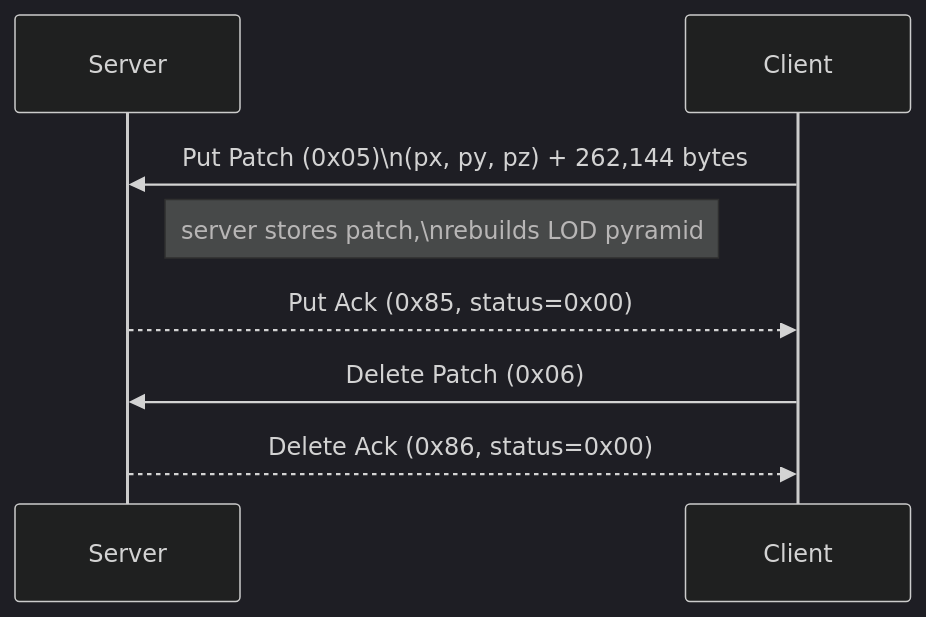
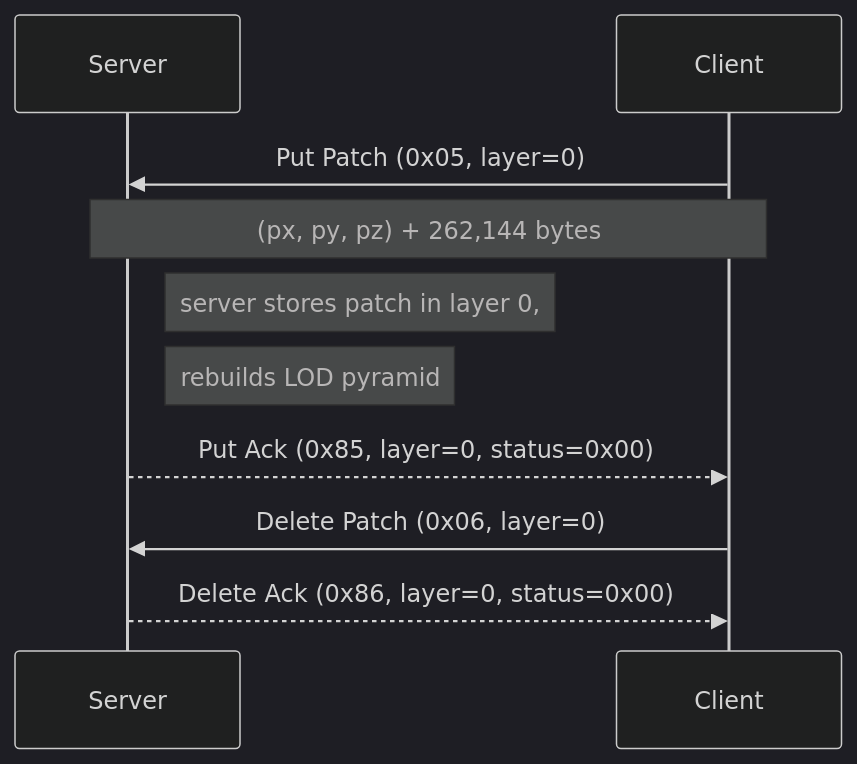
Before and after one commit to mlaass/selvox: the second of 2 diagrams in docs/Protocol_Voxel_WebSocket.md, drawn with Mermaid (dark theme). The commit also changed other lines of this file and 15 other files, not shown here.

Commit message:
Add layer support to protocol, server, and WebSocket client

````diff
--- a/docs/Protocol_Voxel_WebSocket.md
+++ b/docs/Protocol_Voxel_WebSocket.md
@@ -111,12 +130,14 @@
 ```mermaid
 sequenceDiagram
   participant Server
   participant Client
 
-  Client->>Server: Put Patch (0x05)\n(px, py, pz) + 262,144 bytes
-  Note right of Server: server stores patch,\nrebuilds LOD pyramid
-  Server-->>Client: Put Ack (0x85, status=0x00)
+  Client->>Server: Put Patch (0x05, layer=0)
+  Note over Client,Server: (px, py, pz) + 262,144 bytes
+  Note right of Server: server stores patch in layer 0,
+  Note right of Server: rebuilds LOD pyramid
+  Server-->>Client: Put Ack (0x85, layer=0, status=0x00)
 
-  Client->>Server: Delete Patch (0x06)
-  Server-->>Client: Delete Ack (0x86, status=0x00)
+  Client->>Server: Delete Patch (0x06, layer=0)
+  Server-->>Client: Delete Ack (0x86, layer=0, status=0x00)
 ```
````
